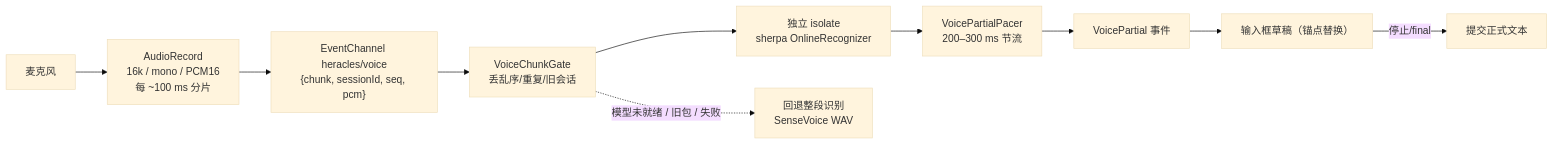
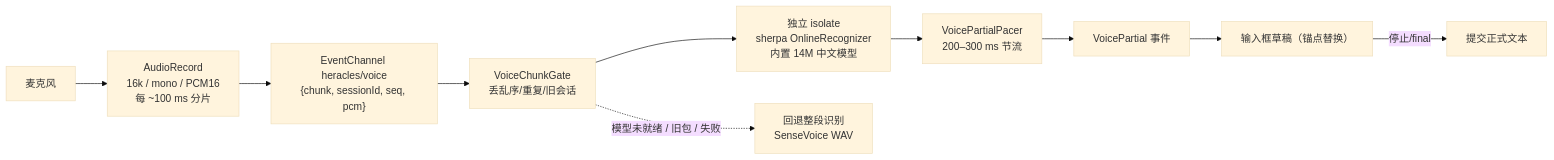
The eighth of 9 diagrams in README.md (theohowie/Heracles), drawn with Mermaid (base theme) before and after one commit. The commit also changed other lines of this file, not shown here.

````diff
--- a/README.md
+++ b/README.md
@@ -392,12 +395,13 @@
 ```mermaid
 flowchart LR
   MIC["麦克风"] --> AR["AudioRecord<br/>16k / mono / PCM16<br/>每 ~100 ms 分片"]
   AR --> EC["EventChannel heracles/voice<br/>{chunk, sessionId, seq, pcm}"]
   EC --> GATE["VoiceChunkGate<br/>丢乱序/重复/旧会话"]
-  GATE --> ISO["独立 isolate<br/>sherpa OnlineRecognizer"]
+  GATE["VoiceChunkGate<br/>丢乱序/重复/旧会话"]
+  GATE --> ISO["独立 isolate<br/>sherpa OnlineRecognizer<br/>内置 14M 中文模型"]
   ISO --> PACE["VoicePartialPacer<br/>200–300 ms 节流"]
   PACE --> PART["VoicePartial 事件"]
   PART --> DRAFT["输入框草稿（锚点替换）"]
   DRAFT -->|停止/final| COMMIT["提交正式文本"]
   GATE -.->|"模型未就绪 / 旧包 / 失败"| FALL["回退整段识别<br/>SenseVoice WAV"]
 ```
````
